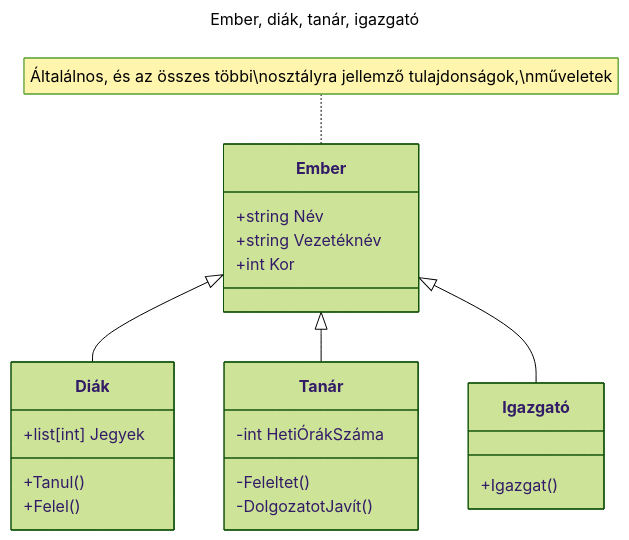
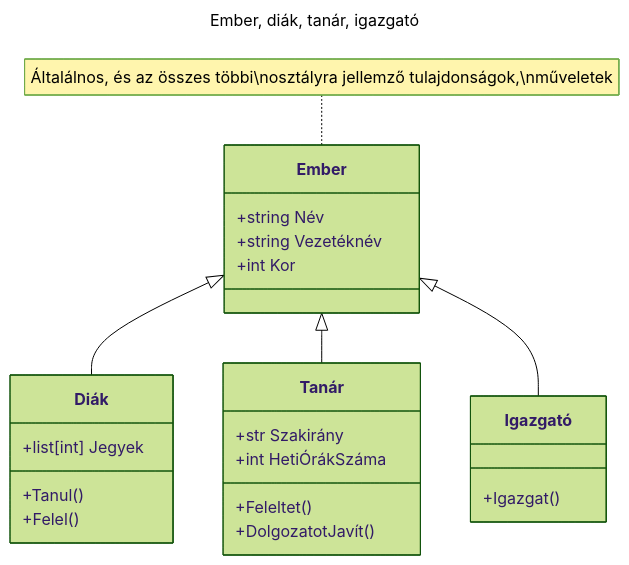
One commit to SpsKnSK/api changed the third of 3 diagrams in Lessons_hu/14_inheritance_polymorphism_hu.md. Above: the diagram before and after it, drawn with Mermaid (forest theme). The commit also changed other lines of this file, not shown here.

````diff
--- a/Lessons_hu/14_inheritance_polymorphism_hu.md
+++ b/Lessons_hu/14_inheritance_polymorphism_hu.md
@@ -34,30 +56,31 @@
 ```mermaid
 ---
 title: Ember, diák, tanár, igazgató
 ---
 classDiagram
     Ember <|-- Diák
     Ember <|-- Tanár
     Ember <|-- Igazgató
    
     note for Ember "Általálnos, és az összes többi\nosztályra jellemző tulajdonságok,\nműveletek"
     class Ember{
         +string Név
         +string Vezetéknév
         +int Kor
     }
 
     class Diák{
         +list[int] Jegyek
         +Tanul()
         +Felel()
     }
     class Tanár{
-        -int HetiÓrákSzáma
-        -Feleltet()
-        -DolgozatotJavít()
+        +str Szakirány
+        +int HetiÓrákSzáma
+        +Feleltet()
+        +DolgozatotJavít()
     }
     class Igazgató{
         +Igazgat()
     }
 ```
````
